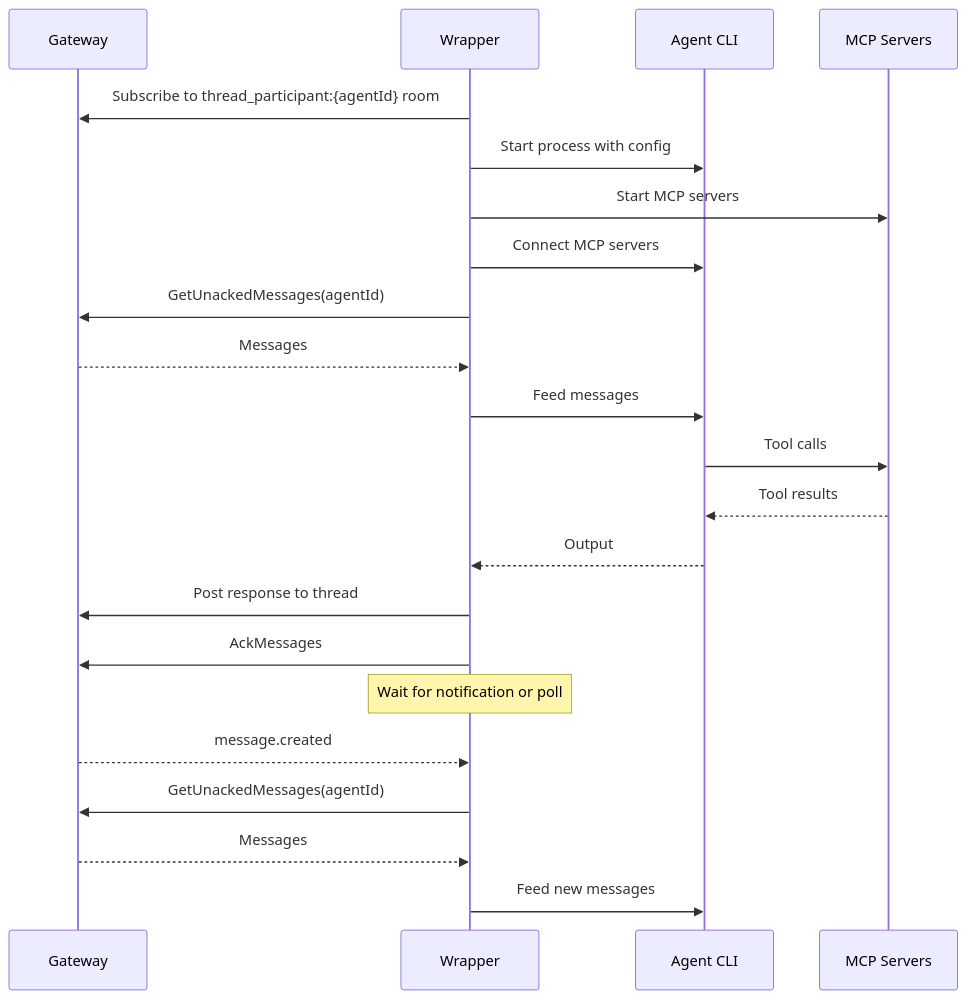
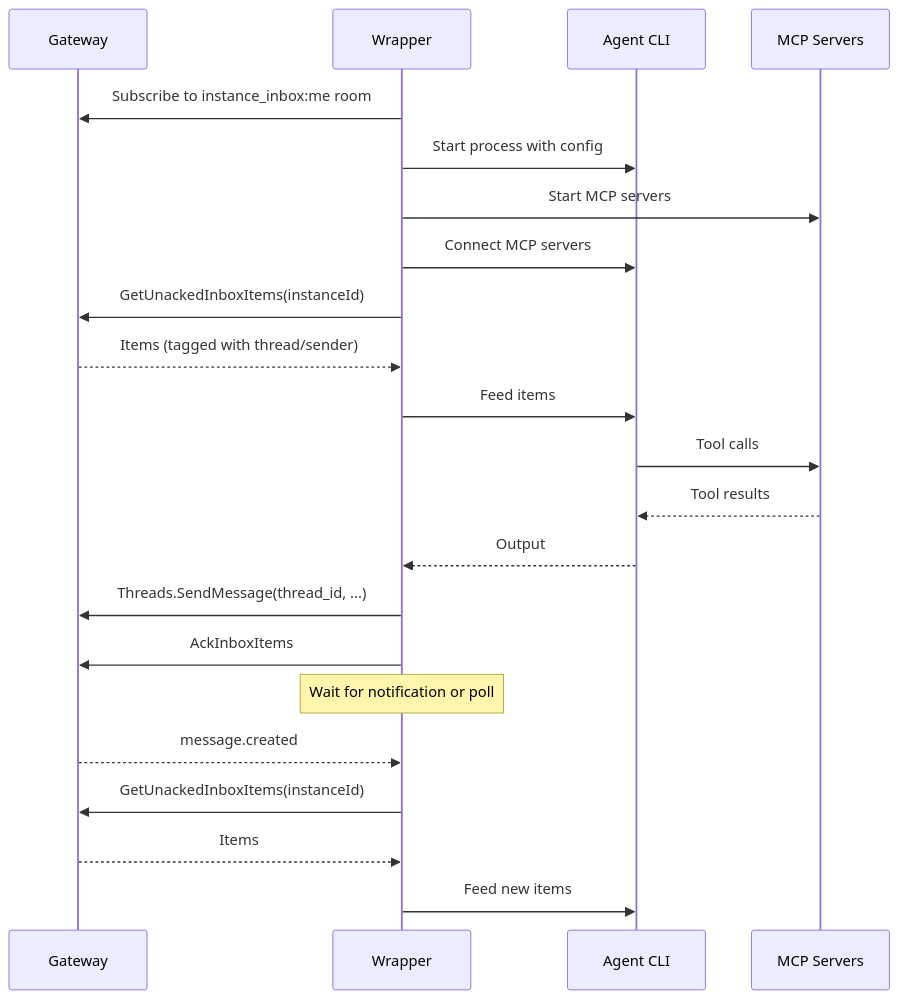
The third of 4 diagrams in architecture/agent/overview.md (agynio/architecture), drawn with Mermaid before and after one commit. The commit also changed other lines of this file and 17 other files, not shown here.

````diff
--- a/architecture/agent/overview.md
+++ b/architecture/agent/overview.md
@@ -119,25 +119,25 @@
 ```mermaid
 sequenceDiagram
     participant GW as Gateway
     participant W as Wrapper
     participant CLI as Agent CLI
     participant MCP as MCP Servers
 
-    W->>GW: Subscribe to thread_participant:{agentId} room
+    W->>GW: Subscribe to instance_inbox:me room
     W->>CLI: Start process with config
     W->>MCP: Start MCP servers
     W->>CLI: Connect MCP servers
-    W->>GW: GetUnackedMessages(agentId)
-    GW-->>W: Messages
-    W->>CLI: Feed messages
+    W->>GW: GetUnackedInboxItems(instanceId)
+    GW-->>W: Items (tagged with thread/sender)
+    W->>CLI: Feed items
     CLI->>MCP: Tool calls
     MCP-->>CLI: Tool results
     CLI-->>W: Output
-    W->>GW: Post response to thread
-    W->>GW: AckMessages
+    W->>GW: Threads.SendMessage(thread_id, ...)
+    W->>GW: AckInboxItems
     Note over W: Wait for notification or poll
     GW-->>W: message.created
-    W->>GW: GetUnackedMessages(agentId)
-    GW-->>W: Messages
-    W->>CLI: Feed new messages
+    W->>GW: GetUnackedInboxItems(instanceId)
+    GW-->>W: Items
+    W->>CLI: Feed new items
 ```
````
